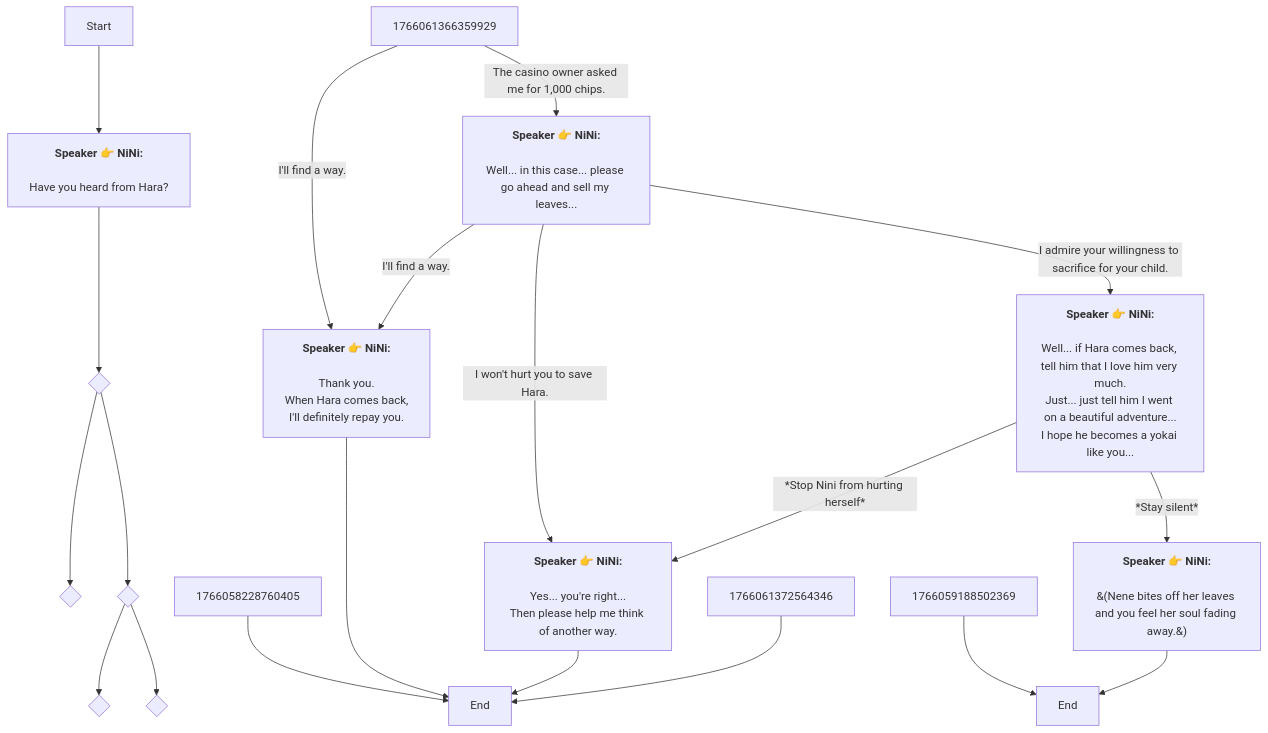
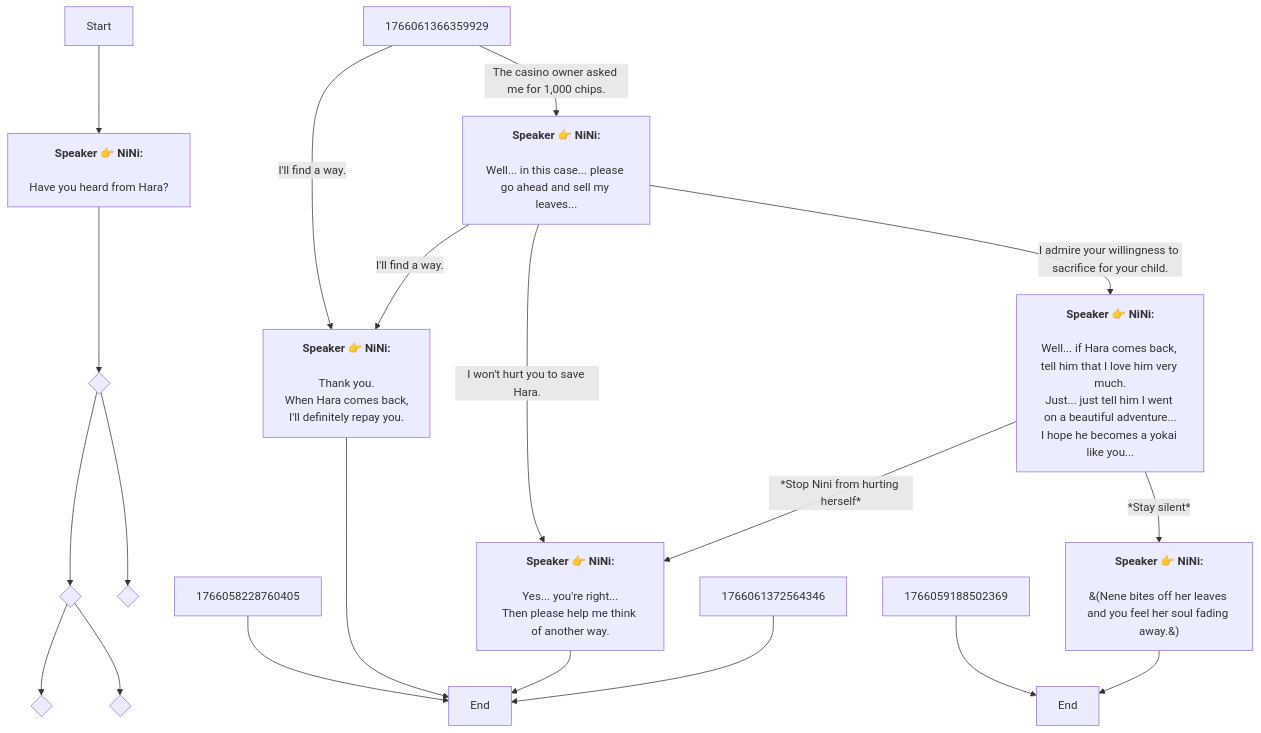
The diagram in En/QuestNPCDeliveryENode_1766057877860170.md (SoftHu/tos_avg), drawn with Mermaid before and after one commit. The commit also changed other lines of this file and 780 other files, not shown here.

````diff
--- a/En/QuestNPCDeliveryENode_1766057877860170.md
+++ b/En/QuestNPCDeliveryENode_1766057877860170.md
@@ -1,35 +1,35 @@
 ```mermaid
 graph
 Start -->1766058228759378[<b>Speaker 👉 NiNi:</b>
 \nHave you heard from Hara?]
 1766058228759378 -->1766058184354637{ }
+1766058184354637 -->1766060995138419{ }
 1766058184354637 -->1766058228759380{ }
-1766058184354637 -->1766060995138419{ }
 1766058228760405 -->1766058228761430[End]
 1766059188502369 -->1766059416893282[End]
+1766060995138419 -->1766061220162424{ }
 1766060995138419 -->1766058832767834{ }
-1766060995138419 -->1766061220162424{ }
+1766061366359929 -->|The casino owner asked me for 1,000 chips.|1766061471389569[<b>Speaker 👉 NiNi:</b>
+\nWell... in this case... please go ahead and sell my leaves...]
 1766061366359929 -->|I'll find a way.|1766061455267712[<b>Speaker 👉 NiNi:</b>
 \nThank you.
 When Hara comes back,
 I'll definitely repay you.]
-1766061366359929 -->|The casino owner asked me for 1,000 chips.|1766061471389569[<b>Speaker 👉 NiNi:</b>
-\nWell... in this case... please go ahead and sell my leaves...]
 1766061455267712 -->1766058228761430[End]
-1766061471389569 -->|I won't hurt you to save Hara.|1766061547048841[<b>Speaker 👉 NiNi:</b>
-\nYes... you're right...\nThen please help me think of another way.]
-1766061471389569 -->|I admire your willingness to sacrifice for your child.|1766061575944074[<b>Speaker 👉 NiNi:</b>
-\nWell... if Hara comes back, tell him that I love him very much.\nJust... just tell him I went on a beautiful adventure...\nI hope he becomes a yokai like you...]
 1766061471389569 -->|I'll find a way.|1766061455267712[<b>Speaker 👉 NiNi:</b>
 \nThank you.
 When Hara comes back,
 I'll definitely repay you.]
+1766061471389569 -->|I admire your willingness to sacrifice for your child.|1766061575944074[<b>Speaker 👉 NiNi:</b>
+\nWell... if Hara comes back, tell him that I love him very much.\nJust... just tell him I went on a beautiful adventure...\nI hope he becomes a yokai like you...]
+1766061471389569 -->|I won't hurt you to save Hara.|1766061547048841[<b>Speaker 👉 NiNi:</b>
+\nYes... you're right...\nThen please help me think of another way.]
 1766061547048841 -->1766058228761430[End]
+1766061575944074 -->|*Stay silent*|1766061898342288[<b>Speaker 👉 NiNi:</b>
+\n&#40;Nene bites off her leaves and you feel her soul fading away.&#41;]
 1766061575944074 -->|*Stop Nini from hurting herself*|1766061547048841[<b>Speaker 👉 NiNi:</b>
 \nYes... you're right...\nThen please help me think of another way.]
-1766061575944074 -->|*Stay silent*|1766061898342288[<b>Speaker 👉 NiNi:</b>
-\n&#40;Nene bites off her leaves and you feel her soul fading away.&#41;]
 1766061898342288 -->1766059416893282[End]
 1766061372564346 -->1766058228761430[End]
 
 ```
````
